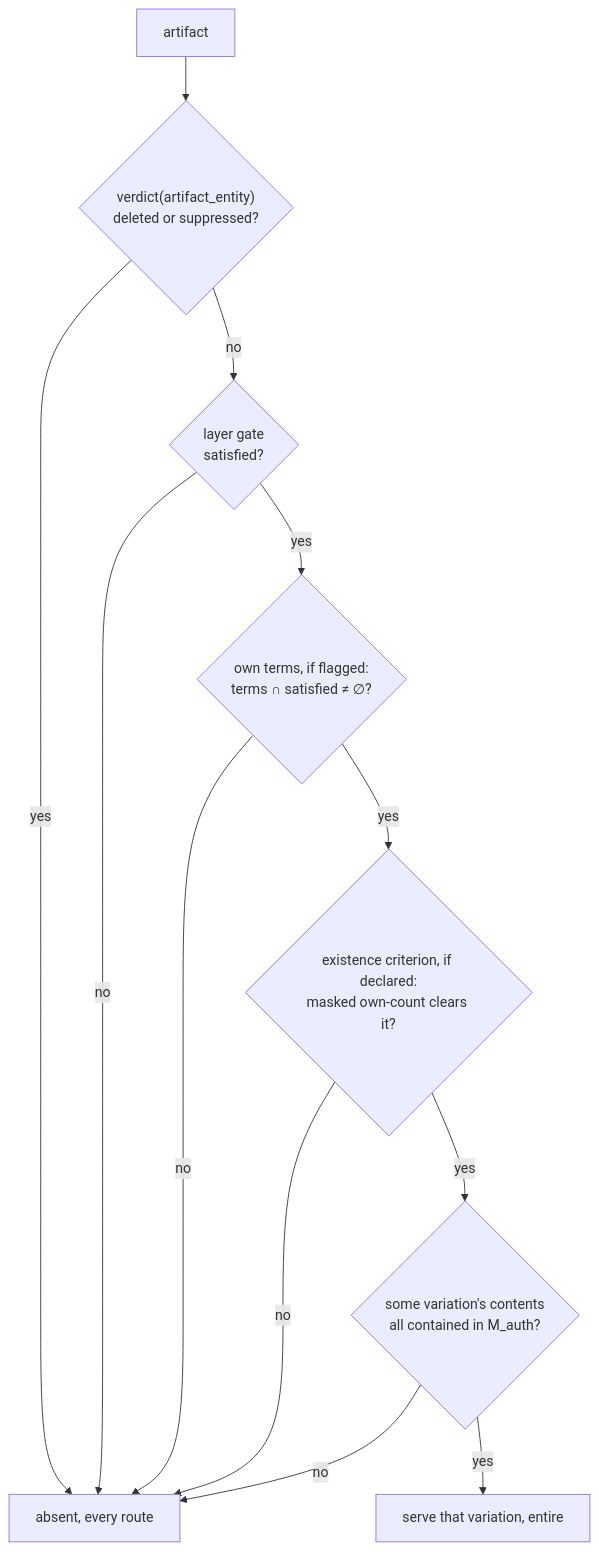
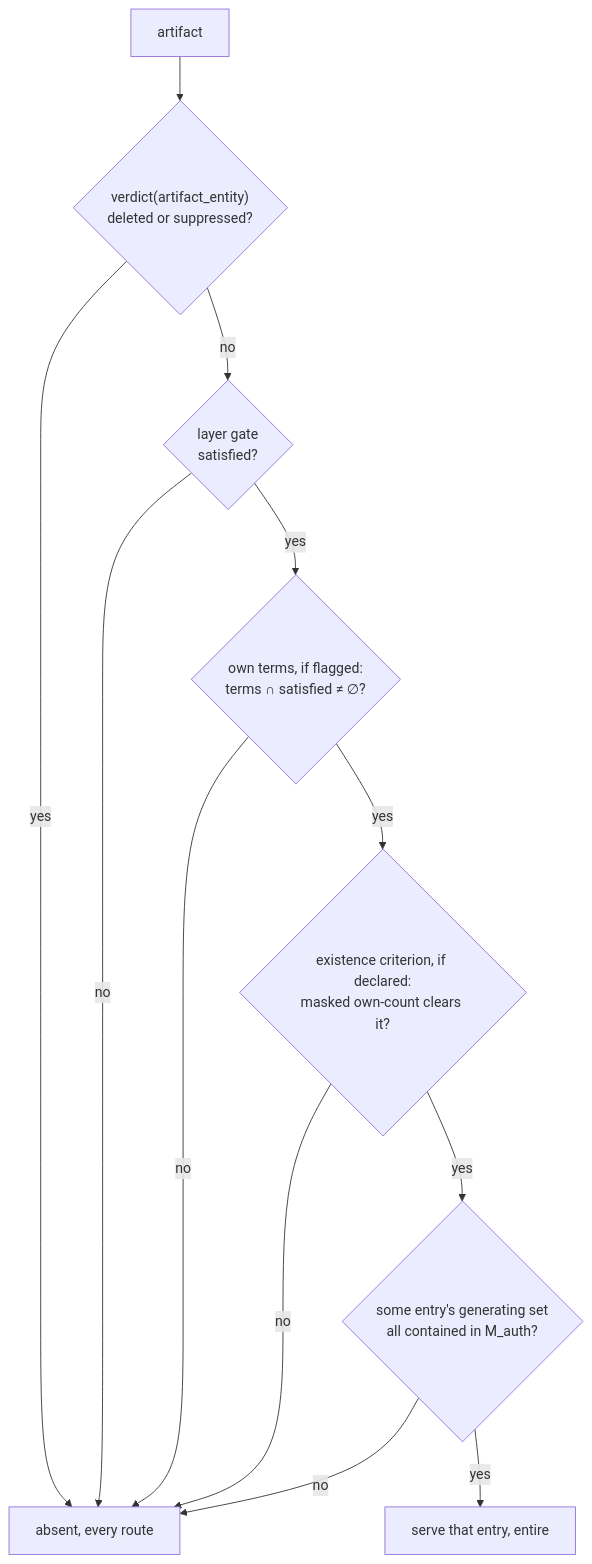
The diagram in docs/design/annotation-representation.md (jennis0/tesseradb), drawn with Mermaid before and after one commit. The commit also changed other lines of this file and 56 other files, not shown here.

````diff
--- a/docs/design/annotation-representation.md
+++ b/docs/design/annotation-representation.md
@@ -478,14 +478,14 @@
 ```mermaid
 flowchart TB
   A["artifact"] --> V{"verdict(artifact_entity)<br/>deleted or suppressed?"}
   V -->|yes| X["absent, every route"]
   V -->|no| F{"layer gate<br/>satisfied?"}
   F -->|no| X
   F -->|yes| T{"own terms, if flagged:<br/>terms ∩ satisfied ≠ ∅?"}
   T -->|no| X
   T -->|yes| C{"existence criterion, if declared:<br/>masked own-count clears it?"}
   C -->|no| X
-  C -->|yes| G{"some variation's contents<br/>all contained in M_auth?"}
+  C -->|yes| G{"some entry's generating set<br/>all contained in M_auth?"}
   G -->|no| X
-  G -->|yes| R["serve that variation, entire"]
+  G -->|yes| R["serve that entry, entire"]
 ```
````
